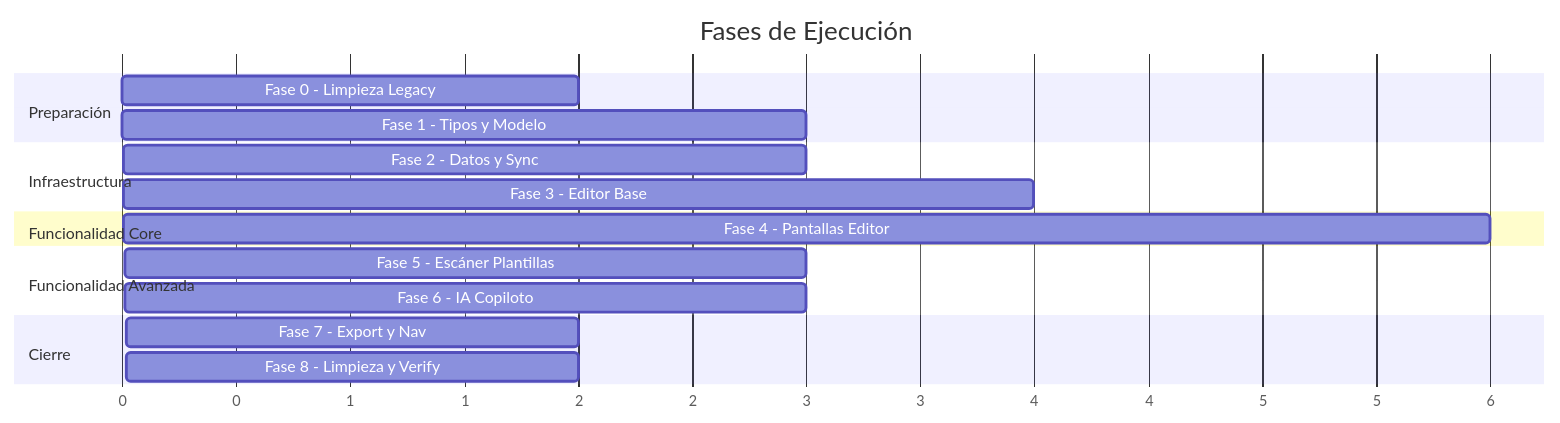
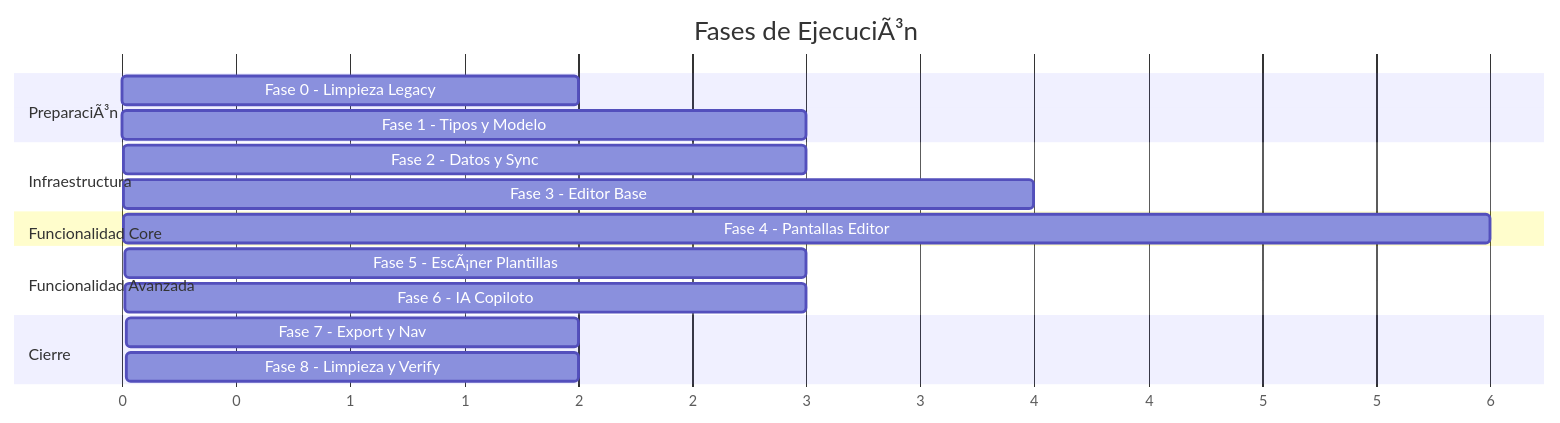
The second of 2 diagrams in plan_planeaciones.md (RitualBoat/PlanearIA), drawn with Mermaid before and after one commit. The commit also changed other lines of this file and 20 other files, not shown here.

````diff
--- a/plan_planeaciones.md
+++ b/plan_planeaciones.md
@@ -780,25 +780,25 @@
 ```mermaid
 gantt
-    title Fases de Ejecución
+    title Fases de EjecuciÃ³n
     dateFormat  X
     axisFormat %s
 
-    section Preparación
+    section PreparaciÃ³n
     Fase 0 - Limpieza Legacy           :f0, 0, 2
     Fase 1 - Tipos y Modelo            :f1, 2, 3
 
     section Infraestructura
     Fase 2 - Datos y Sync              :f2, 5, 3
     Fase 3 - Editor Base               :f3, 5, 4
 
     section Funcionalidad Core
     Fase 4 - Pantallas Editor           :f4, 9, 6
 
     section Funcionalidad Avanzada
-    Fase 5 - Escáner Plantillas         :f5, 15, 3
+    Fase 5 - EscÃ¡ner Plantillas         :f5, 15, 3
     Fase 6 - IA Copiloto               :f6, 15, 3
 
     section Cierre
     Fase 7 - Export y Nav               :f7, 18, 2
     Fase 8 - Limpieza y Verify          :f8, 20, 2
 ```
````
